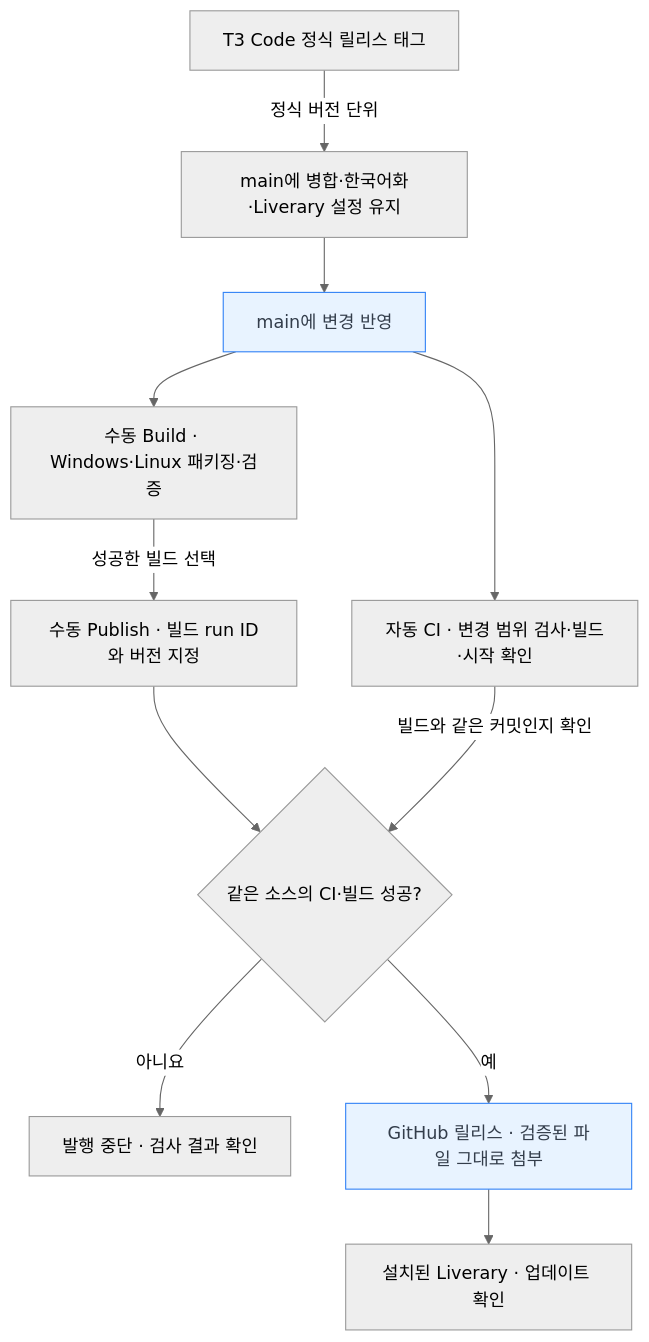
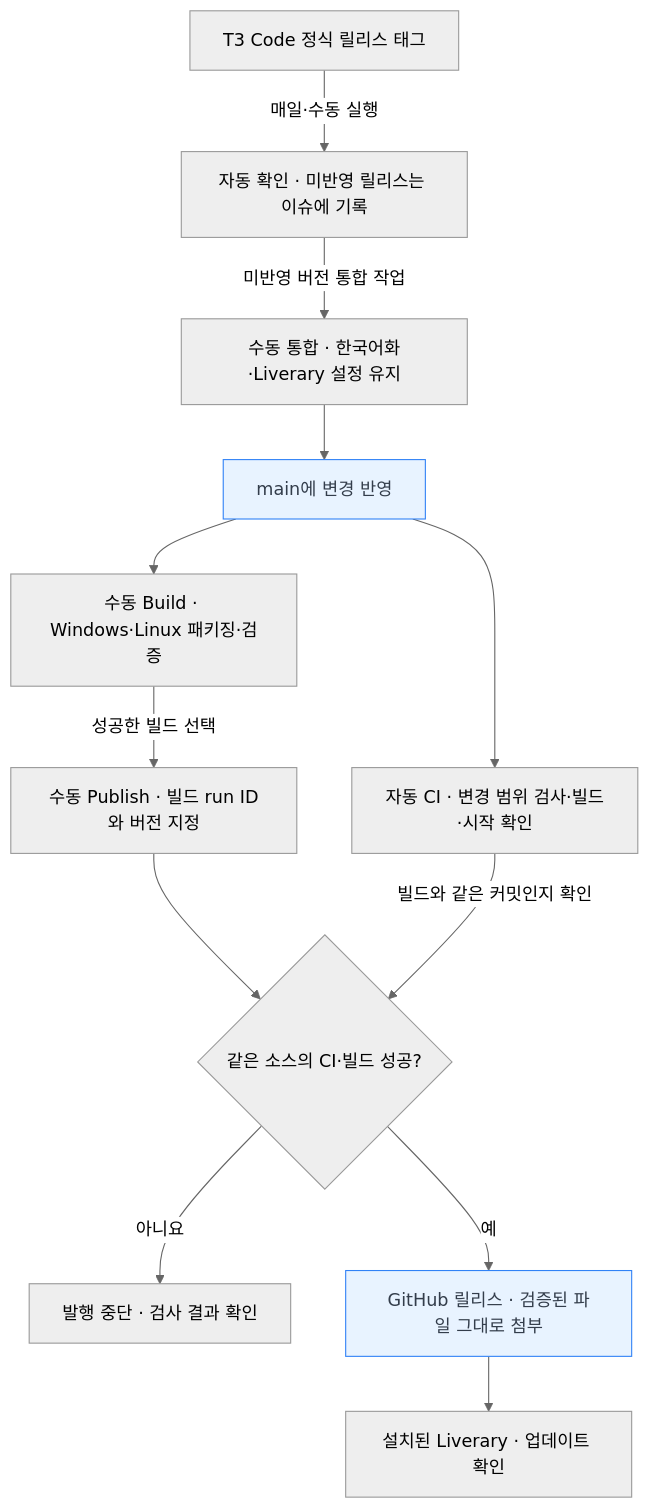
One commit to andongmin94/Liverary changed the third of 3 diagrams in README.md. Above: the diagram before and after it, drawn with Mermaid (neutral theme). The commit also changed other lines of this file and 6 other files, not shown here.

Commit message:
chore: finish Liverary release maintenance and Korean theme UI

````diff
--- a/README.md
+++ b/README.md
@@ -168,27 +168,29 @@
 ```mermaid
 flowchart TB
     upstreamRelease["T3 Code 정식 릴리스 태그"]
-    integrate["main에 병합·한국어화·Liverary 설정 유지"]
+    upstreamCheck["자동 확인 · 미반영 릴리스는 이슈에 기록"]
+    integrate["수동 통합 · 한국어화·Liverary 설정 유지"]
     mainCommit["main에 변경 반영"]
     ci["자동 CI · 변경 범위 검사·빌드·시작 확인"]
     build["수동 Build · Windows·Linux 패키징·검증"]
     publish["수동 Publish · 빌드 run ID와 버전 지정"]
     gate{"같은 소스의 CI·빌드 성공?"}
     blocked["발행 중단 · 검사 결과 확인"]
     release["GitHub 릴리스 · 검증된 파일 그대로 첨부"]
     installedApp["설치된 Liverary · 업데이트 확인"]
 
-    upstreamRelease -->|"정식 버전 단위"| integrate
+    upstreamRelease -->|"매일·수동 실행"| upstreamCheck
+    upstreamCheck -->|"미반영 버전 통합 작업"| integrate
     integrate --> mainCommit
     mainCommit --> ci
     mainCommit --> build
     build -->|"성공한 빌드 선택"| publish
     publish --> gate
     ci -->|"빌드와 같은 커밋인지 확인"| gate
     gate -->|"예"| release
     gate -->|"아니요"| blocked
     release --> installedApp
 
     classDef app fill:#e8f3ff,stroke:#3182f6,color:#333d4b
     class mainCommit,release app
 ```
````
